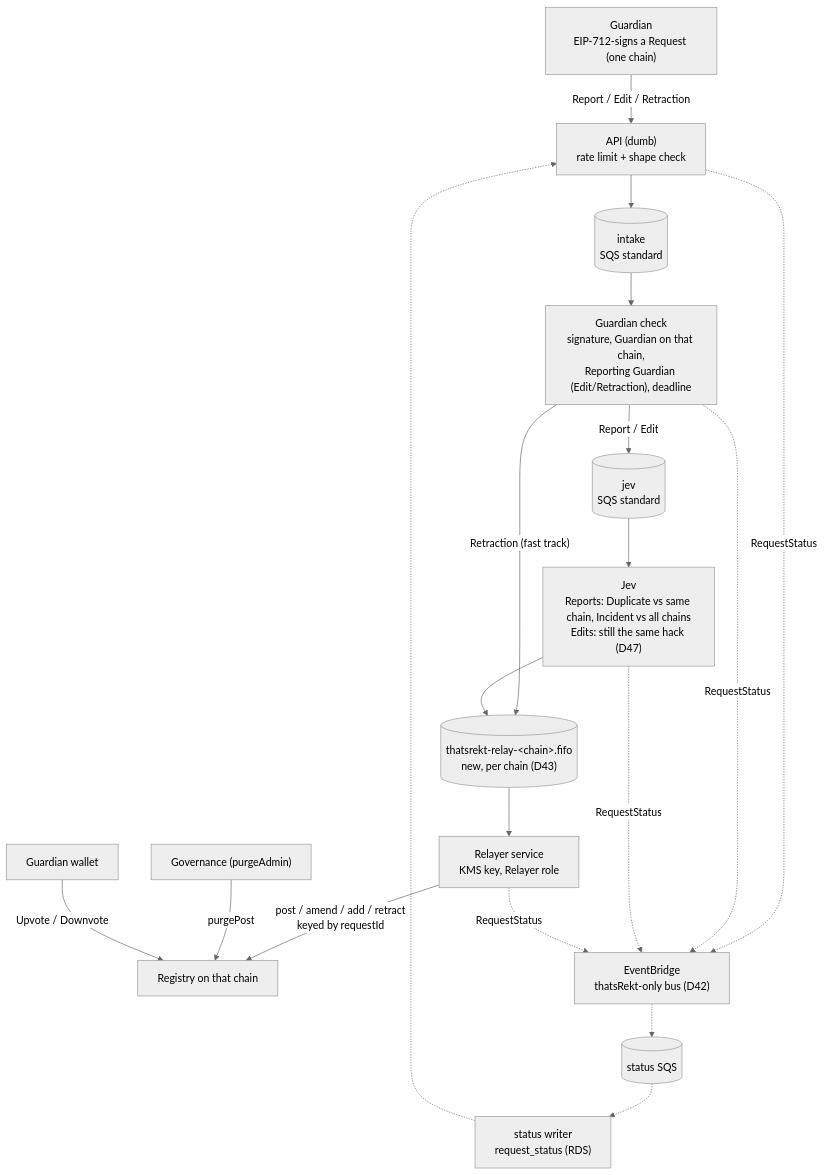
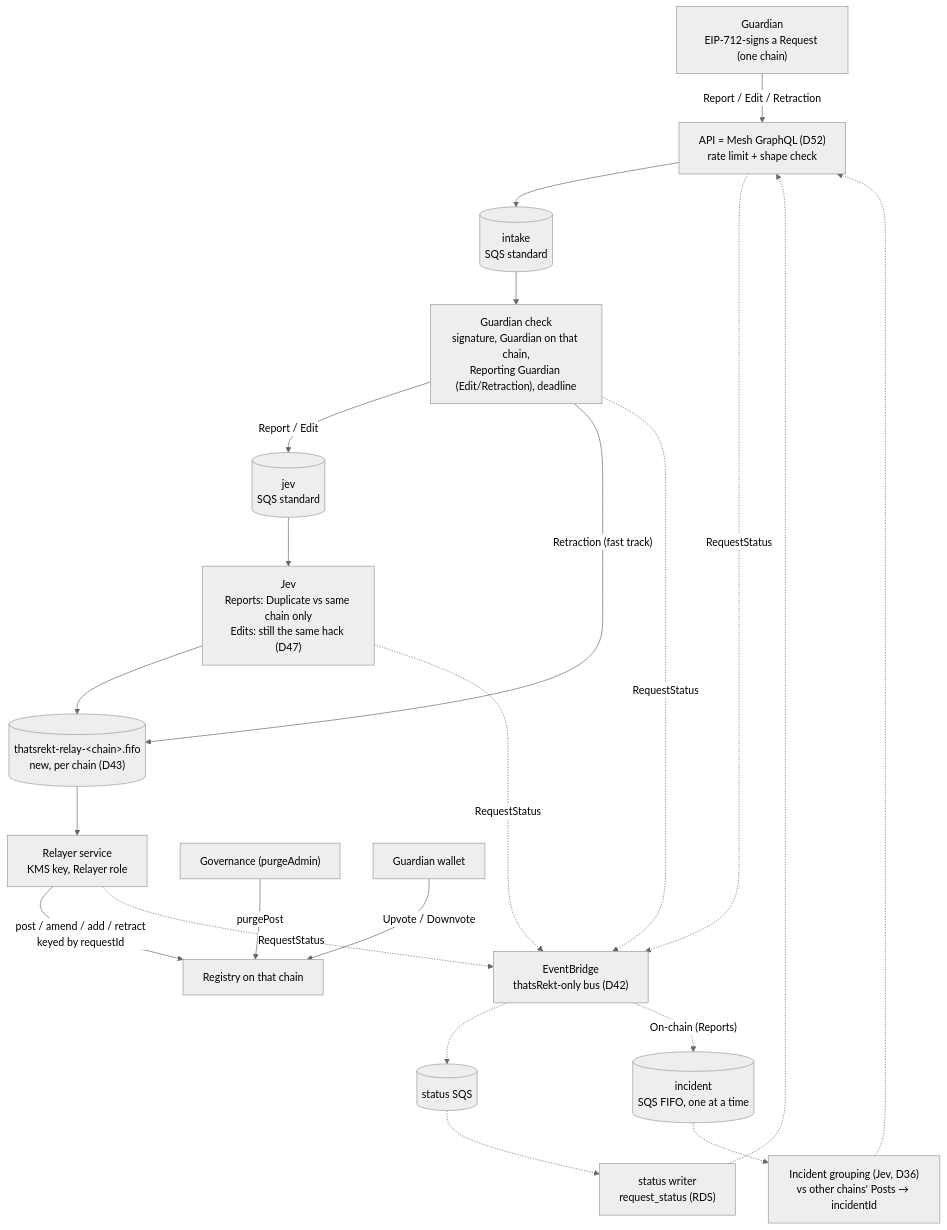
The second of 3 diagrams in docs/intake-redesign.md (ThatsRekt/thatsRekt), drawn with Mermaid (neutral theme) before and after one commit. The commit also changed other lines of this file and 4 other files, not shown here.

First line of the commit message:
docs(intake): final architecture review — on-chain signatures, post-relay incidents, cutover order

````diff
--- a/docs/intake-redesign.md
+++ b/docs/intake-redesign.md
@@ -51,17 +51,20 @@
 ```mermaid
 flowchart TD
-  G["Guardian<br/>EIP-712-signs a Request (one chain)"] -->|"Report / Edit / Retraction"| API["API (dumb)<br/>rate limit + shape check"]
+  G["Guardian<br/>EIP-712-signs a Request (one chain)"] -->|"Report / Edit / Retraction"| API["API = Mesh GraphQL (D52)<br/>rate limit + shape check"]
   API --> QI[("intake<br/>SQS standard")]
   QI --> GC["Guardian check<br/>signature, Guardian on that chain,<br/>Reporting Guardian (Edit/Retraction), deadline"]
   GC -->|"Report / Edit"| QJ[("jev<br/>SQS standard")]
   GC -->|"Retraction (fast track)"| QR
-  QJ --> JEV["Jev<br/>Reports: Duplicate vs same chain, Incident vs all chains<br/>Edits: still the same hack (D47)"]
+  QJ --> JEV["Jev<br/>Reports: Duplicate vs same chain only<br/>Edits: still the same hack (D47)"]
   JEV --> QR[("thatsrekt-relay-&lt;chain&gt;.fifo<br/>new, per chain (D43)")]
   QR --> RS["Relayer service<br/>KMS key, Relayer role"]
   RS -->|"post / amend / add / retract<br/>keyed by requestId"| C["Registry on that chain"]
   GOV["Governance (purgeAdmin)"] -->|"purgePost"| C
   GW["Guardian wallet"] -->|"Upvote / Downvote"| C
   API & GC & JEV & RS -.->|"RequestStatus"| BUS["EventBridge<br/>thatsRekt-only bus (D42)"]
   BUS -.-> QS[("status SQS")] -.-> SW["status writer<br/>request_status (RDS)"]
   SW -.-> API
+  BUS -.->|"On-chain (Reports)"| QN[("incident<br/>SQS FIFO, one at a time")]
+  QN -.-> INC["Incident grouping (Jev, D36)<br/>vs other chains' Posts → incidentId"]
+  INC -.-> API
 ```
````
